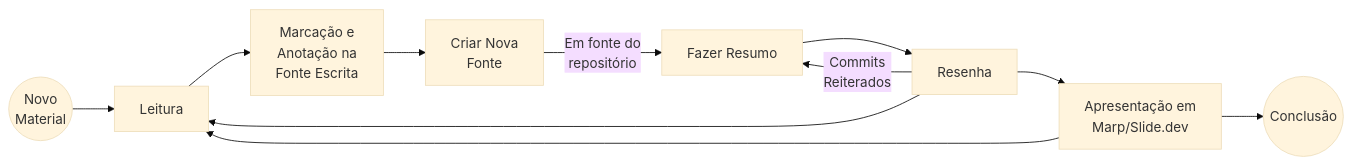
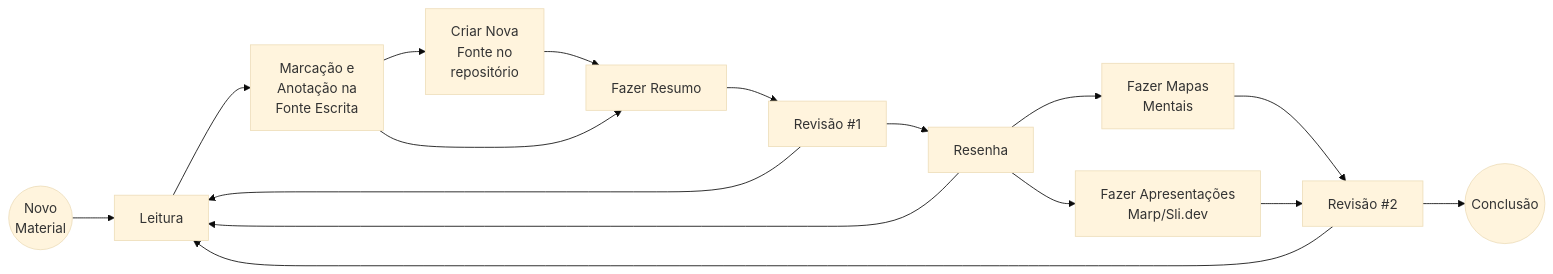
One commit to dnlclaudino/gestao-do-conhecimento changed the first of 5 diagrams in README.md. Above: the diagram before and after it, drawn with Mermaid (base theme). The commit also changed other lines of this file, not shown here.

````diff
--- a/README.md
+++ b/README.md
@@ -74,12 +75,17 @@
 ```mermaid
 graph LR;
-    INICIO(("Novo<br>Material"))-->A;
-    A[Leitura]-->B[Marcação e<br>Anotação na<br>Fonte Escrita];
-    B-->BB["Criar Nova<br>Fonte"]-- Em fonte do<br>repositório -->C[Fazer Resumo];
-    C-->D[Resenha];
-    D--Commits<br>Reiterados-->C;
-    D-->A;
-    D-->E[Apresentação em<br>Marp/Slide.dev];
-    E-->A;
-    E-->FIM(("Conclusão"))
+    INICIO(("Novo<br>Material"))-->LEITURA;
+    LEITURA[Leitura]-->B[Marcação e<br>Anotação na<br>Fonte Escrita];
+    B-->BB["Criar Nova<br>Fonte no<br>repositório"]-->FR[Fazer Resumo];
+    B-->FR;
+    FR-->REV1[Revisão #1];
+    REV1-->RESENHA[Resenha];
+    REV1-->LEITURA;
+    RESENHA-->LEITURA;
+    RESENHA-->FMM[Fazer Mapas<br>Mentais];
+    RESENHA-->FA[Fazer Apresentações<br>Marp/Sli.dev];
+    FMM-->REV2[Revisão #2];
+    FA-->REV2;
+    REV2-->LEITURA;
+    REV2-->FIM(("Conclusão"))
 ```
````
